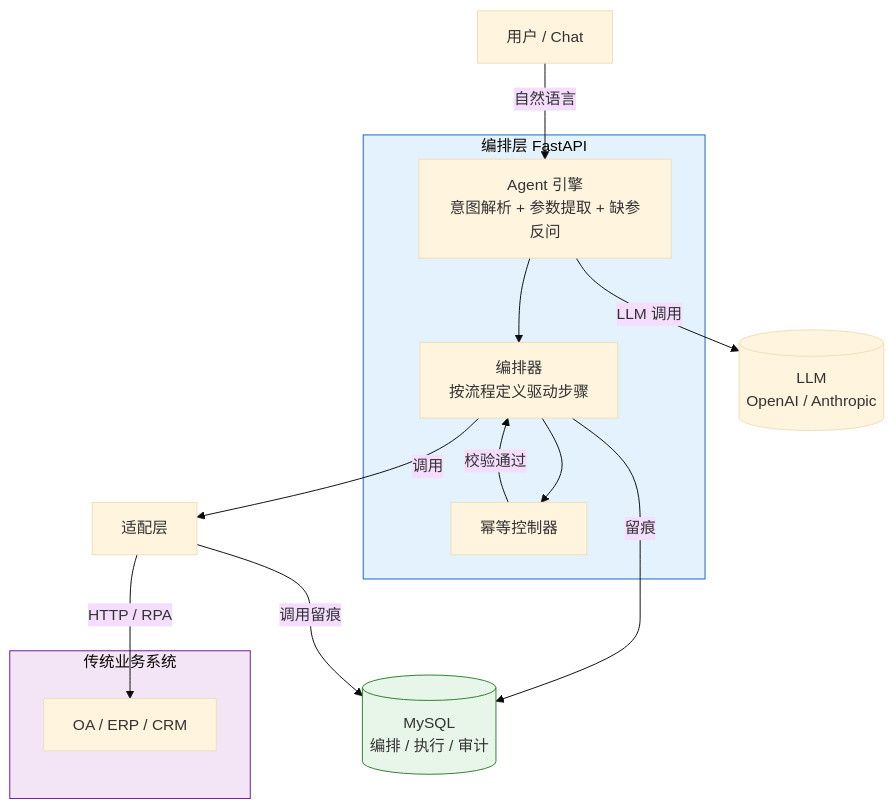
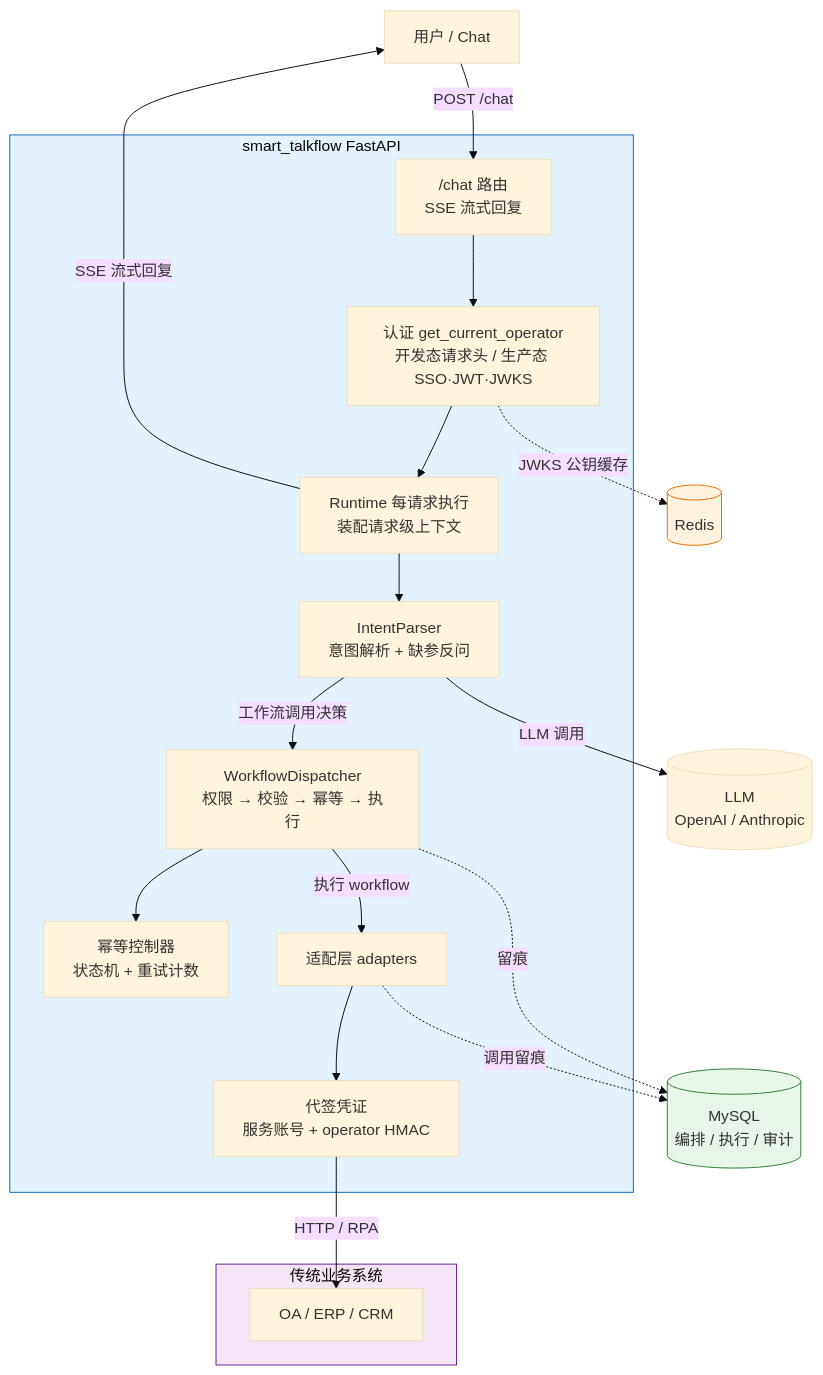
Before and after one commit to zs2731070169-web/smart_talkflow: the first of 2 diagrams in README.md, drawn with Mermaid (base theme). The commit also changed other lines of this file and 50 other files, not shown here.

````diff
--- a/README.md
+++ b/README.md
@@ -81,30 +87,38 @@
 ```mermaid
 graph TD
-    U[用户 / Chat] -->|自然语言| AGENT
+    U[用户 / Chat] -->|POST /chat| API
 
-    subgraph 编排层[编排层 FastAPI]
-        AGENT[Agent 引擎<br/>意图解析 + 参数提取 + 缺参反问]
-        ORCH[编排器<br/>按流程定义驱动步骤]
-        IDEM[幂等控制器]
+    subgraph 平台[smart_talkflow FastAPI]
+        API["/chat 路由<br/>SSE 流式回复"]
+        AUTH["认证 get_current_operator<br/>开发态请求头 / 生产态 SSO·JWT·JWKS"]
+        RT["Runtime 每请求执行<br/>装配请求级上下文"]
+        AGENT["IntentParser<br/>意图解析 + 缺参反问"]
+        ORCH["WorkflowDispatcher<br/>权限 → 校验 → 幂等 → 执行"]
+        IDEM["幂等控制器<br/>状态机 + 重试计数"]
+        ADP["适配层 adapters"]
+        CRED["代签凭证<br/>服务账号 + operator HMAC"]
     end
 
+    API --> AUTH --> RT
+    RT --> AGENT
+    AGENT -->|工作流调用决策| ORCH
+    ORCH --> IDEM
+    ORCH -->|执行 workflow| ADP
+    ADP --> CRED
     AGENT -->|LLM 调用| LLM[(LLM<br/>OpenAI / Anthropic)]
-    AGENT --> ORCH
-    ORCH --> IDEM
-    IDEM -->|校验通过| ORCH
+    CRED -->|HTTP / RPA| SYS
+    RT -->|SSE 流式回复| U
 
-    ORCH -->|调用| ADP[适配层]
-    ADP -->|HTTP / RPA| SYS
-
-
-    subgraph 传统业务系统[传统业务系统]
+    subgraph 下游[传统业务系统]
         SYS[OA / ERP / CRM]
     end
 
-    ORCH -->|留痕| DB[(MySQL<br/>编排 / 执行 / 审计)]
-    ADP -->|调用留痕| DB
+    ORCH -.留痕.-> DB[(MySQL<br/>编排 / 执行 / 审计)]
+    ADP -.调用留痕.-> DB
+    AUTH -.JWKS 公钥缓存.-> RDS[(Redis)]
 
-    style 编排层 fill:#e3f2fd,stroke:#1565c0
-    style 传统业务系统 fill:#f3e5f5,stroke:#6a1b9a
+    style 平台 fill:#e3f2fd,stroke:#1565c0
+    style 下游 fill:#f3e5f5,stroke:#6a1b9a
     style DB fill:#e8f5e9,stroke:#2e7d32
+    style RDS fill:#fff3e0,stroke:#ef6c00
 ```
````
